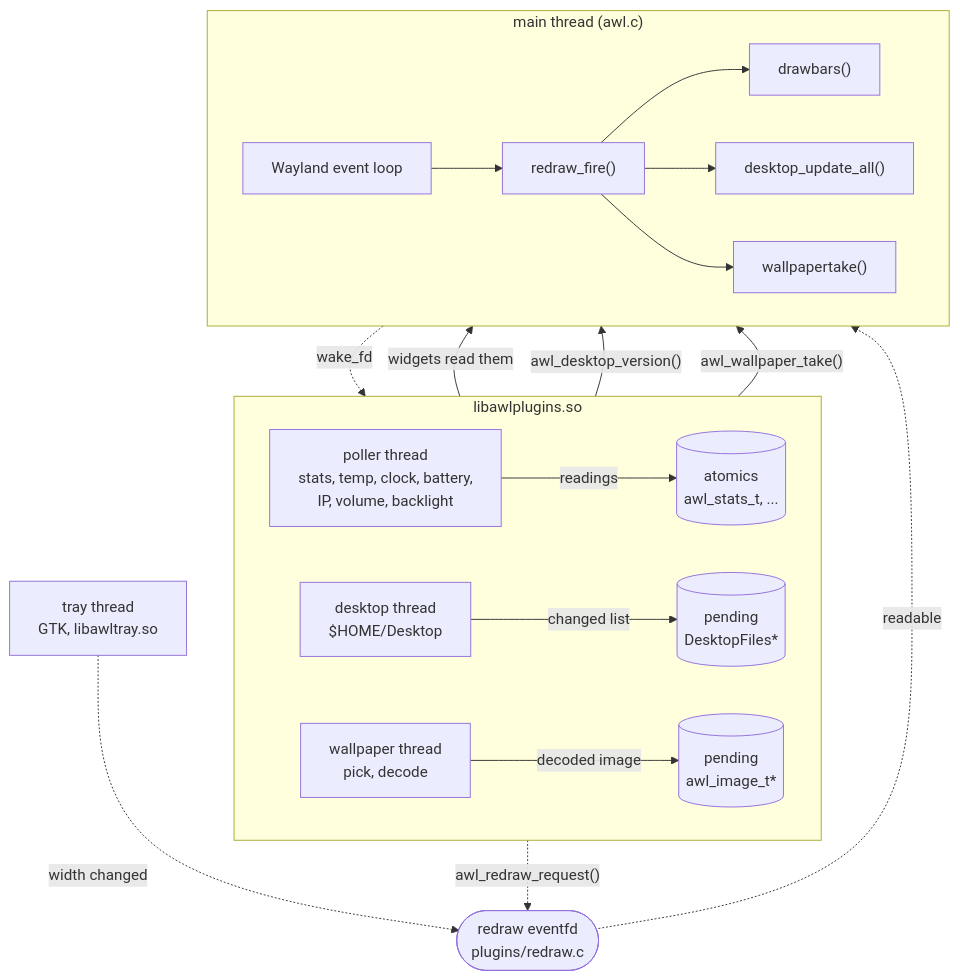
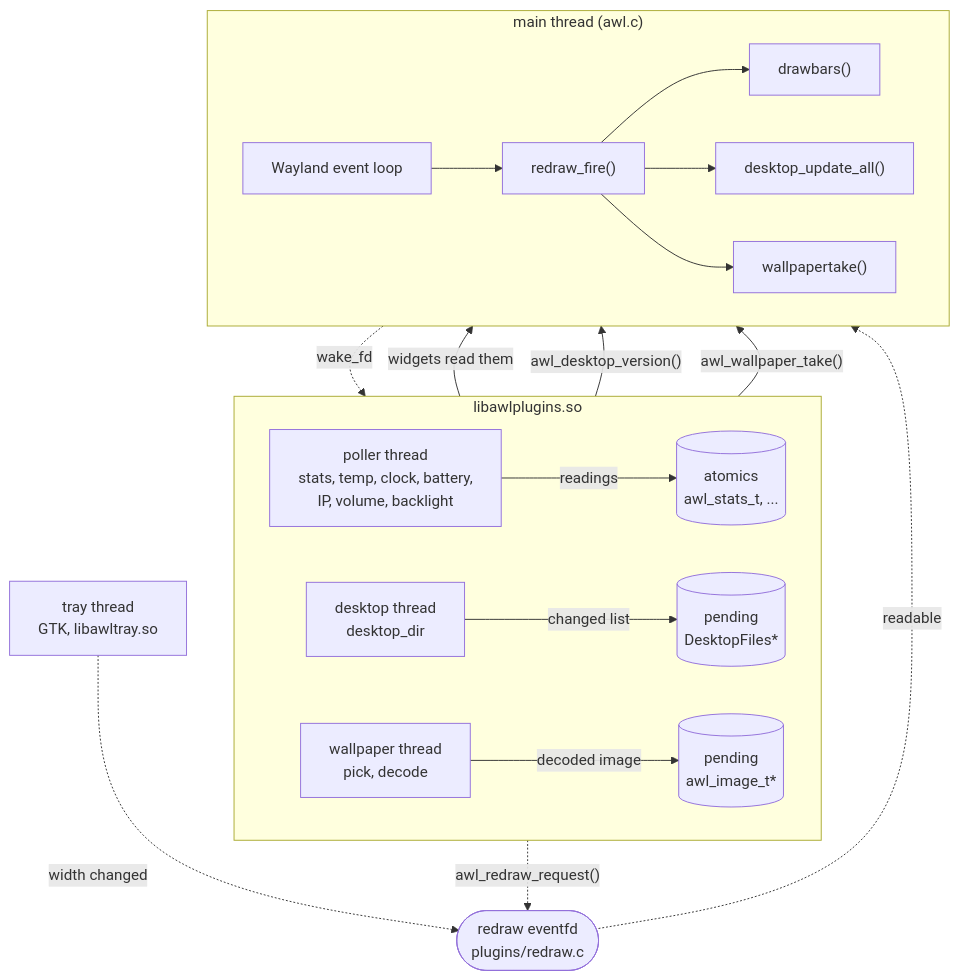
The first of 6 diagrams in doc/threads.rst (alcubierre-drive/dwl), drawn with Mermaid before and after one commit. The commit also changed other lines of this file and 29 other files, not shown here.

```diff
--- a/doc/threads.rst
+++ b/doc/threads.rst
@@ -82,26 +82,26 @@
 .. mermaid::
 
    flowchart TB
      subgraph lib["libawlplugins.so"]
        direction LR
        poller["poller thread<br/>stats, temp, clock, battery,<br/>IP, volume, backlight"] -- "readings" --> atomics[("atomics<br/>awl_stats_t, ...")]
-       scanner["desktop thread<br/>$HOME/Desktop"] -- "changed list" --> pending[("pending<br/>DesktopFiles*")]
+       scanner["desktop thread<br/>desktop_dir"] -- "changed list" --> pending[("pending<br/>DesktopFiles*")]
        changer["wallpaper thread<br/>pick, decode"] -- "decoded image" --> image[("pending<br/>awl_image_t*")]
      end
      tray["tray thread<br/>GTK, libawltray.so"]
      redraw(["redraw eventfd<br/>plugins/redraw.c"])
      subgraph main["main thread (awl.c)"]
        direction LR
        loop["Wayland event loop"] --> fire["redraw_fire()"]
        fire --> bars["drawbars()"]
        fire --> panels["desktop_update_all()"]
        fire --> wp["wallpapertake()"]
      end
 
      lib -. "awl_redraw_request()" .-> redraw
      tray -. "width changed" .-> redraw
      redraw -. "readable" .-> loop
      atomics -- "widgets read them" --> bars
      pending -- "awl_desktop_version()" --> panels
      image -- "awl_wallpaper_take()" --> wp
      main -. "wake_fd" .-> lib
```
